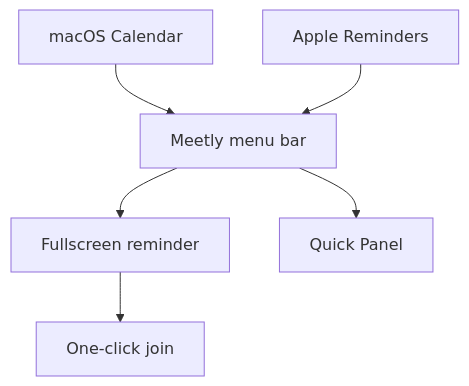
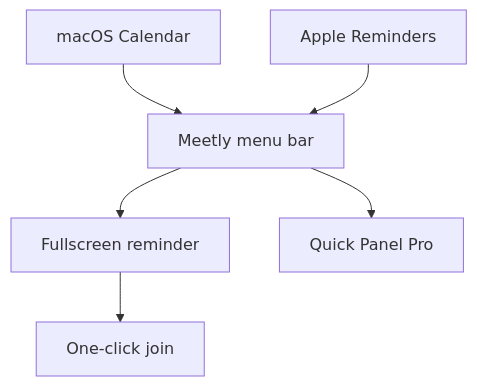
The diagram in blog/posts/why-i-built-meetly-after-i-kept-missing-daily-standup.md (codeonholiday/codeonholiday), drawn with Mermaid before and after one commit. The commit also changed other lines of this file and 30 other files, not shown here.

Commit message:
fix Meetly Free and Pro feature copy

````diff
--- a/blog/posts/why-i-built-meetly-after-i-kept-missing-daily-standup.md
+++ b/blog/posts/why-i-built-meetly-after-i-kept-missing-daily-standup.md
@@ -88,8 +88,8 @@
 ```mermaid
 flowchart TD
   Cal[macOS Calendar] --> Meetly[Meetly menu bar]
   Rem[Apple Reminders] --> Meetly
   Meetly --> Overlay[Fullscreen reminder]
-  Meetly --> Panel[Quick Panel]
+  Meetly --> Panel[Quick Panel Pro]
   Overlay --> Join[One-click join]
 ```
````
